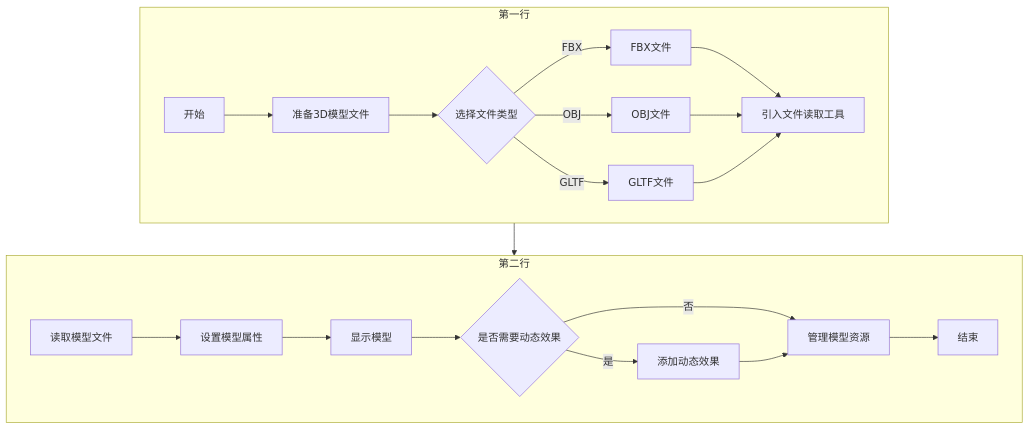
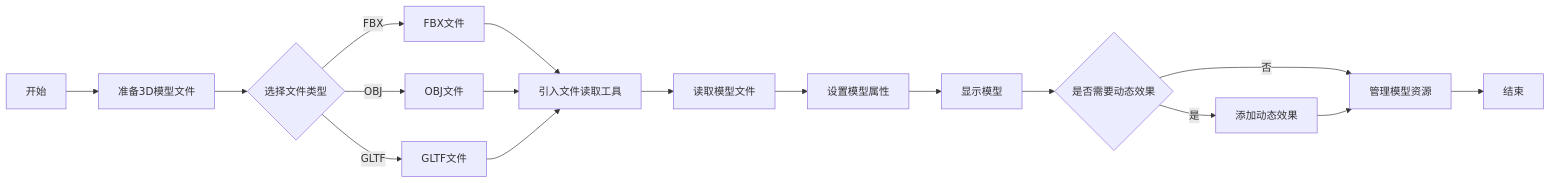
Before and after one commit to Mrmilu212/iodraw-files: the diagram in all/未命名.md, drawn with Mermaid.

Commit message:
2025-05-18 20:17:36 update

````diff
--- a/all/未命名.md
+++ b/all/未命名.md
@@ -1,26 +1,22 @@
 ```mermaid
-graph TB
-    subgraph 第一行
-    direction LR
+graph LR
     A[开始] --> B[准备3D模型文件]
     B --> C{选择文件类型}
     C -->|FBX| D1[FBX文件]
     C -->|OBJ| D2[OBJ文件]
     C -->|GLTF| D3[GLTF文件]
+    
     D1 --> E[引入文件读取工具]
     D2 --> E
     D3 --> E
-    end
-
-    subgraph 第二行
-    direction LR
+    
     E --> F[读取模型文件]
     F --> G[设置模型属性]
     G --> H[显示模型]
     H --> I{是否需要动态效果}
     I -->|是| J[添加动态效果]
     I -->|否| K[管理模型资源]
+    
     J --> K
     K --> L[结束]
-    end
 ```
````
